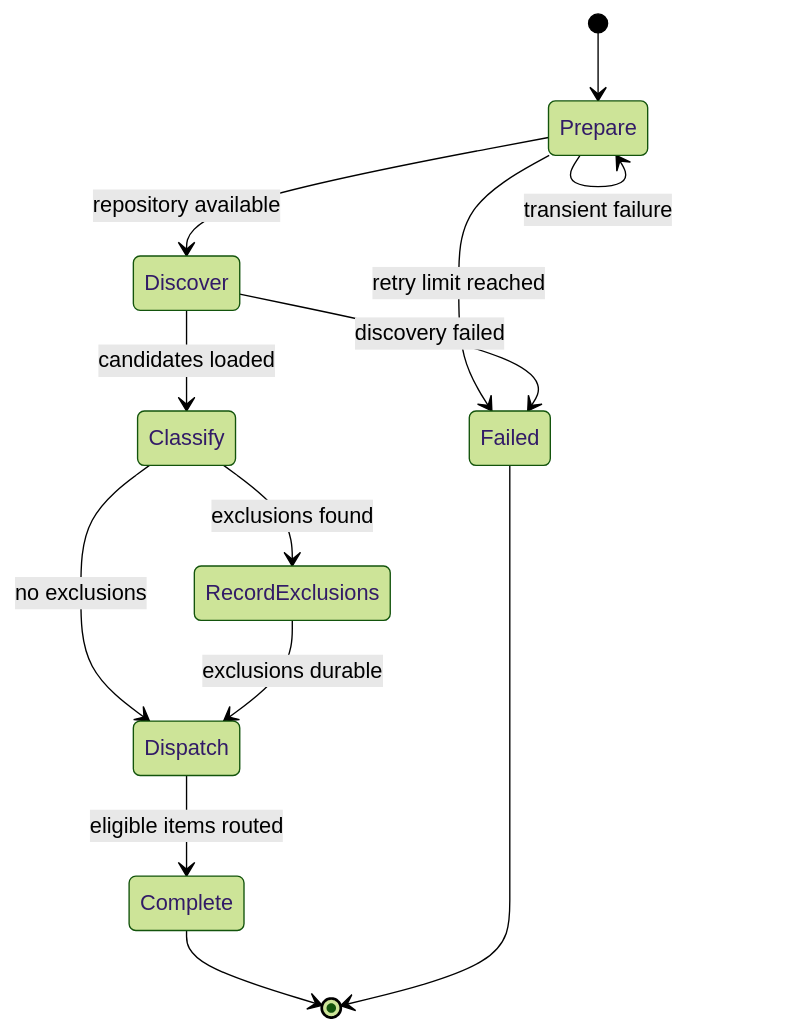
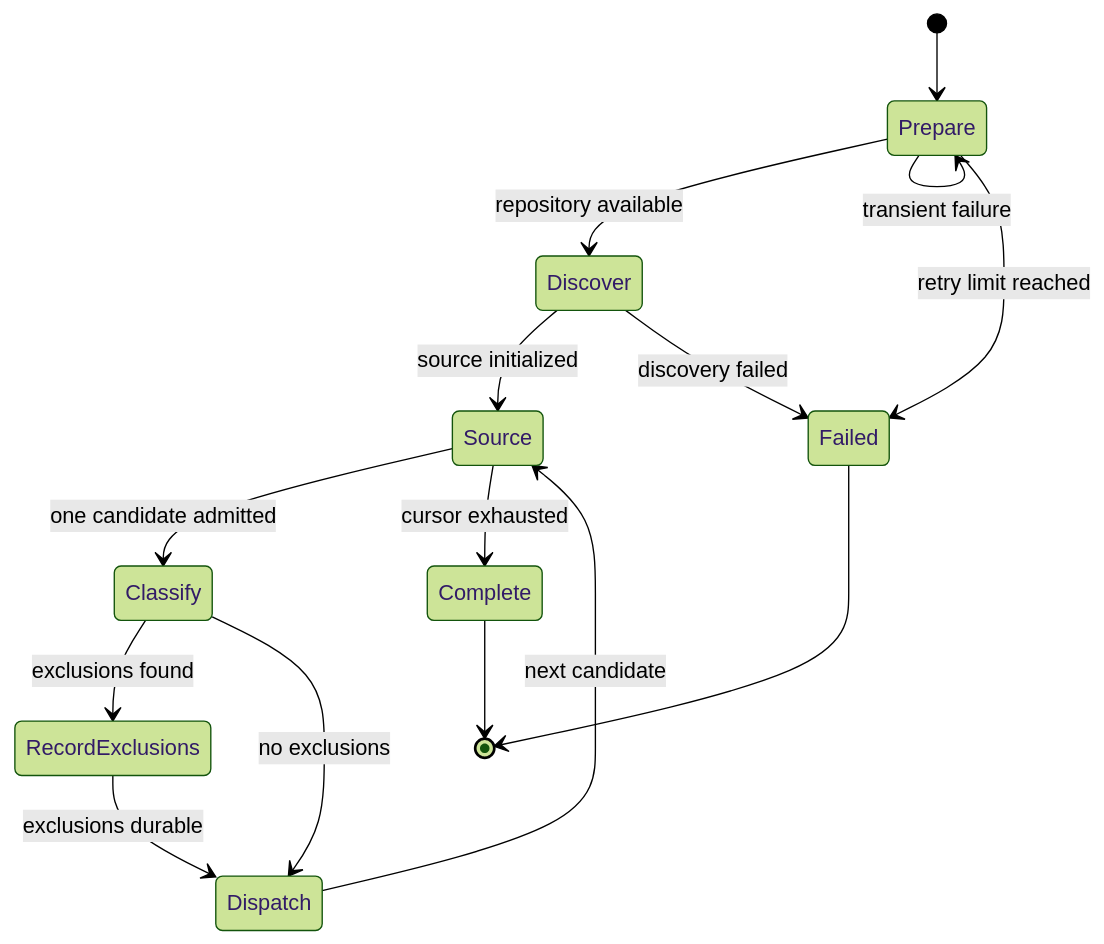
The fourth of 16 diagrams in docs/architecture.md (HomericIntelligence/Hephaestus), drawn with Mermaid (forest theme) before and after one commit. The commit also changed other lines of this file and 3 other files, not shown here.

````diff
--- a/docs/architecture.md
+++ b/docs/architecture.md
@@ -559,15 +652,17 @@
 ```mermaid
 stateDiagram-v2
     [*] --> Prepare
     Prepare --> Discover: repository available
     Prepare --> Prepare: transient failure
     Prepare --> Failed: retry limit reached
-    Discover --> Classify: candidates loaded
+    Discover --> Source: source initialized
+    Source --> Classify: one candidate admitted
     Discover --> Failed: discovery failed
     Classify --> RecordExclusions: exclusions found
     Classify --> Dispatch: no exclusions
     RecordExclusions --> Dispatch: exclusions durable
-    Dispatch --> Complete: eligible items routed
+    Dispatch --> Source: next candidate
+    Source --> Complete: cursor exhausted
     Complete --> [*]
     Failed --> [*]
 ```
````
